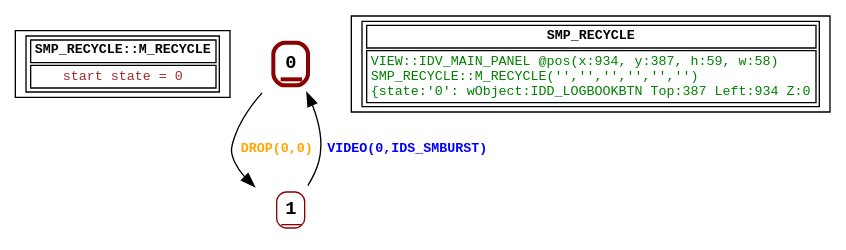
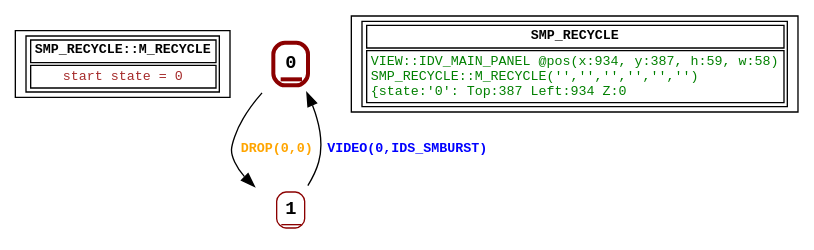
Before and after one commit to guy-stewart/AzariaCD: the diagram in graph/SMP_RECYCLE.dot, drawn with Graphviz. The commit also changed 20 other files, not shown here.

```diff
--- a/graph/SMP_RECYCLE.dot
+++ b/graph/SMP_RECYCLE.dot
@@ -1,20 +1,20 @@
 digraph Automaton {
  fontname="Courier New"
 	node [shape=oval, fontname="Courier New"];
 	filename[shape = record, fontsize=10, label=< <table border="1"><tr><td><b>SMP_RECYCLE::M_RECYCLE<br align="left"/></b></td></tr>
 <tr><td><font point-size="10" color ="brown">start state = 0<br align="left"/></font></td></tr></table>>
 ];
 	0[shape = none, fontsize=14, label=< <table border="3" color="darkred" style="rounded"><tr><td sides="b"><b>0<br align="left"/></b></td></tr>
 </table>>];
 "0" -> "1" [fontcolor=orange,fontsize=10,fontname="Courier New", label=< <table border="0"><tr><td><b>DROP(0,0)<br align="left"/></b></td></tr>
 </table>>
 ];
 	1[shape = none, fontsize=14, label=< <table border="1" color="darkred" style="rounded"><tr><td sides="b"><b>1<br align="left"/></b></td></tr>
 </table>>];
 "1" -> "0" [fontcolor=blue,fontsize=10,fontname="Courier New", label=< <table border="0"><tr><td><b>VIDEO(0,IDS_SMBURST)<br align="left"/></b></td></tr>
 </table>>
 ];
 	status[shape = record, fontsize=10, label=< <table border="1"><tr><td><b>SMP_RECYCLE<br align="left"/></b></td></tr>
-<tr><td><font point-size="10" color ="green">VIEW::IDV_MAIN_PANEL @pos(x:934, y:387, h:59, w:58)<br align="left"/>SMP_RECYCLE::M_RECYCLE(&apos;&apos;,&apos;&apos;,&apos;&apos;,&apos;&apos;,&apos;&apos;,&apos;&apos;)<br align="left"/>			&#123;state:&apos;0&apos;: wObject:IDD_LOGBOOKBTN Top:387 Left:934 Z:0<br align="left"/></font></td></tr></table>>
+<tr><td><font point-size="10" color ="green">VIEW::IDV_MAIN_PANEL @pos(x:934, y:387, h:59, w:58)<br align="left"/>SMP_RECYCLE::M_RECYCLE(&apos;&apos;,&apos;&apos;,&apos;&apos;,&apos;&apos;,&apos;&apos;,&apos;&apos;)<br align="left"/>			&#123;state:&apos;0&apos;: Top:387 Left:934 Z:0<br align="left"/></font></td></tr></table>>
 ];
 }
```
